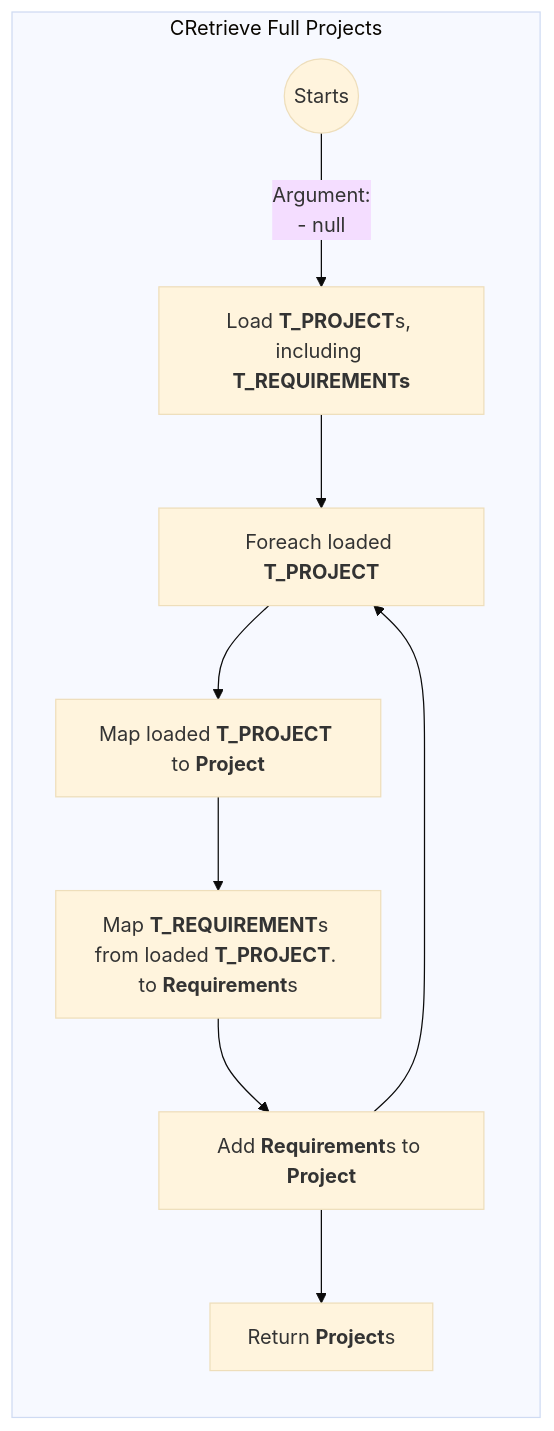
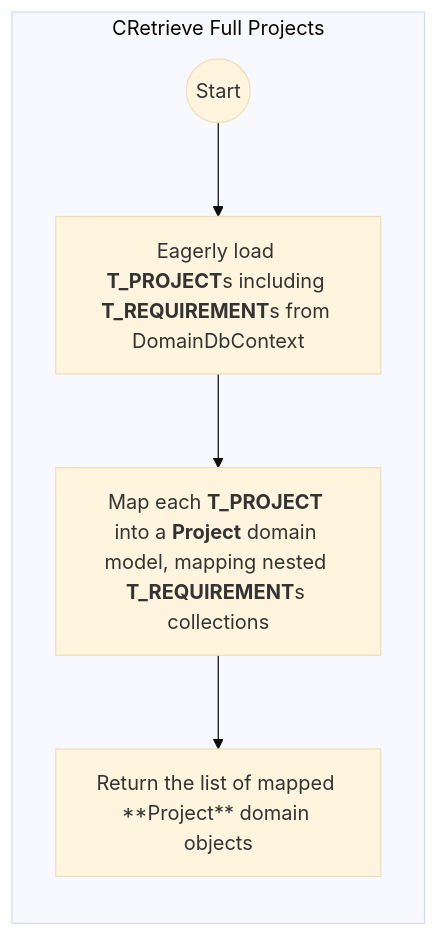
One commit to sdlfly2000/DomainBasedDesigner changed the second of 2 diagrams in AI/Repository/ProjectRepository.md. Above: the diagram before and after it, drawn with Mermaid (base theme). The commit also changed other lines of this file, not shown here.

Commit message:
Optimized Instruction in ProjectRepository.md

````diff
--- a/AI/Repository/ProjectRepository.md
+++ b/AI/Repository/ProjectRepository.md
@@ -44,24 +47,9 @@
     ```mermaid
         graph TB
             subgraph main [CRetrieve Full Projects]
                 direction TB
-                start(("Start"s)) -->
-
-                |Argument: 
-                - null| loadProjects["`Load **T_PROJECT**s, including **T_REQUIREMENTs**`"] -->
-
-                ForEachProjectLoaded["`Foreach loaded **T_PROJECT**`"] -->
-
-                %% {/* Map(T_PROJECT)*/}
-                MapToProject["`Map loaded **T_PROJECT** to **Project**`"] -->
-
-                %% {/* Map(T_REQUIREMENT)*/}
-                MapToRequirement["`Map **T_REQUIREMENT**s from loaded **T_PROJECT**. to **Requirement**s`"] -->
-
-                AddRequirementToProject["`Add **Requirement**s to **Project**`"] -->
-
-                return["`Return **Project**s`"]
+                start(("Start")) --> load["`Eagerly load **T_PROJECT**s including **T_REQUIREMENT**s from DomainDbContext`"]
+                load --> map["`Map each **T_PROJECT** into a **Project** domain model, mapping nested **T_REQUIREMENT**s collections`"]
+                map --> return["Return the list of mapped **Project** domain objects"]
             end
-        %% relationship
-        AddRequirementToProject --> ForEachProjectLoaded
     ```
````
